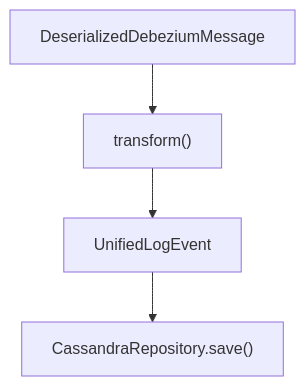
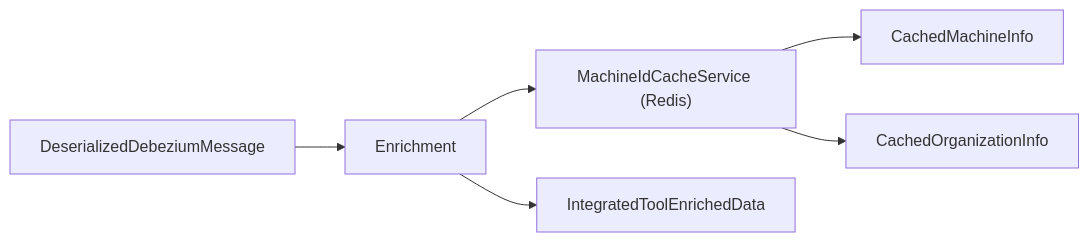
The third of 6 diagrams in docs/architecture/stream-service-core/stream-service-core.md (Praesto-Pro/openframe-oss-tenant), drawn with Mermaid before and after one commit. The commit also changed other lines of this file and 214 other files, not shown here.

````diff
--- a/docs/architecture/stream-service-core/stream-service-core.md
+++ b/docs/architecture/stream-service-core/stream-service-core.md
@@ -175,6 +199,8 @@
 ```mermaid
-flowchart TD
-    DebeziumMsg["DeserializedDebeziumMessage"] --> Transform["transform()"]
-    Transform --> UnifiedEvent["UnifiedLogEvent"]
-    UnifiedEvent --> Save["CassandraRepository.save()"]
+flowchart LR
+    DebeziumMsg["DeserializedDebeziumMessage"] --> Enrichment
+    Enrichment --> Cache["MachineIdCacheService (Redis)"]
+    Cache --> MachineInfo["CachedMachineInfo"]
+    Cache --> OrgInfo["CachedOrganizationInfo"]
+    Enrichment --> Enriched["IntegratedToolEnrichedData"]
 ```
````
